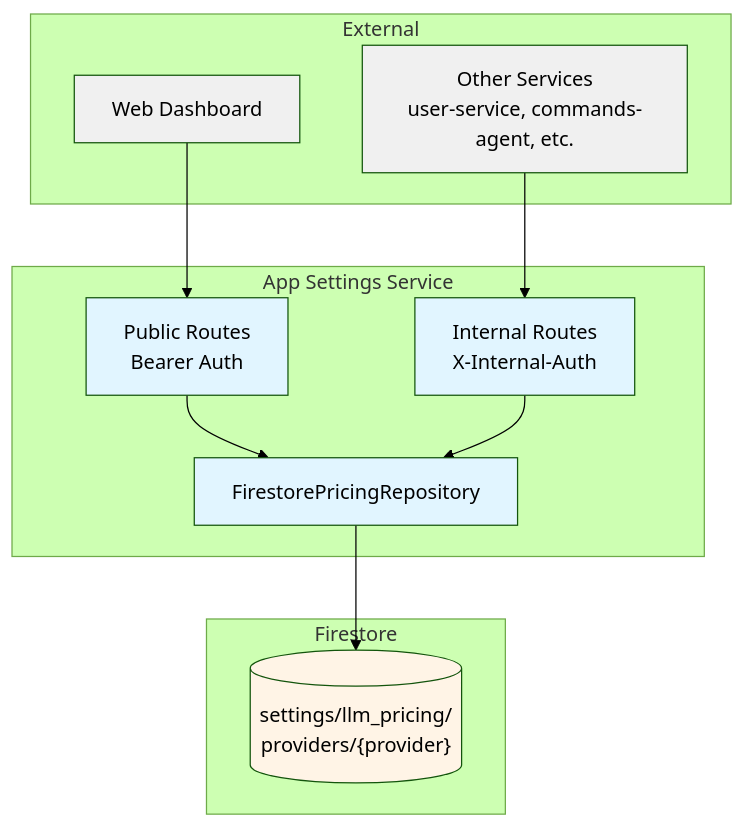
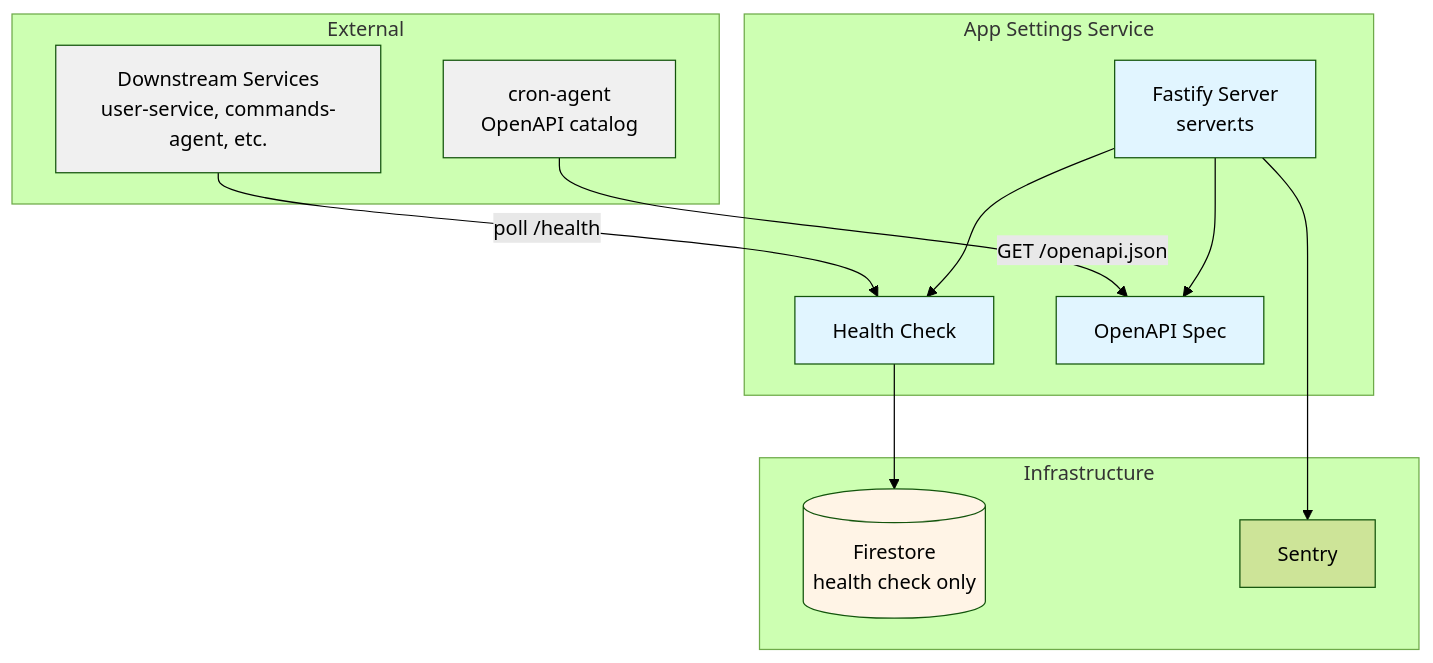
One commit to pbuchman/intexuraos changed the diagram in docs/services/app-settings-service/technical.md. Above: the diagram before and after it, drawn with Mermaid (forest theme). The commit also changed other lines of this file and 132 other files, not shown here.

````diff
--- a/docs/services/app-settings-service/technical.md
+++ b/docs/services/app-settings-service/technical.md
@@ -9,31 +9,33 @@
 ```mermaid
 graph TB
     subgraph "External"
-        WebApp[Web Dashboard]
-        Services[Other Services<br/>user-service, commands-agent, etc.]
+        Services[Downstream Services<br/>user-service, commands-agent, etc.]
+        CronAgent[cron-agent<br/>OpenAPI catalog]
     end
 
     subgraph "App Settings Service"
-        PublicAPI[Public Routes<br/>Bearer Auth]
-        InternalAPI[Internal Routes<br/>X-Internal-Auth]
-        PricingRepo[FirestorePricingRepository]
+        Server[Fastify Server<br/>server.ts]
+        Health[Health Check]
+        OpenAPI[OpenAPI Spec]
     end
 
-    subgraph "Firestore"
-        PricingColl[(settings/llm_pricing/<br/>providers/&lbrace;provider&rbrace;)]
+    subgraph "Infrastructure"
+        Firestore[(Firestore<br/>health check only)]
+        Sentry[Sentry]
     end
 
-    WebApp --> PublicAPI
-    Services --> InternalAPI
-    PublicAPI --> PricingRepo
-    InternalAPI --> PricingRepo
-    PricingRepo --> PricingColl
+    Services -->|poll /health| Health
+    CronAgent -->|GET /openapi.json| OpenAPI
+    Server --> Health
+    Server --> OpenAPI
+    Health --> Firestore
+    Server --> Sentry
 
     classDef service fill:#e1f5ff
     classDef storage fill:#fff4e6
     classDef external fill:#f0f0f0
 
-    class PublicAPI,InternalAPI,PricingRepo service
-    class PricingColl storage
-    class WebApp,Services external
+    class Server,Health,OpenAPI service
+    class Firestore storage
+    class Services,CronAgent external
 ```
````
